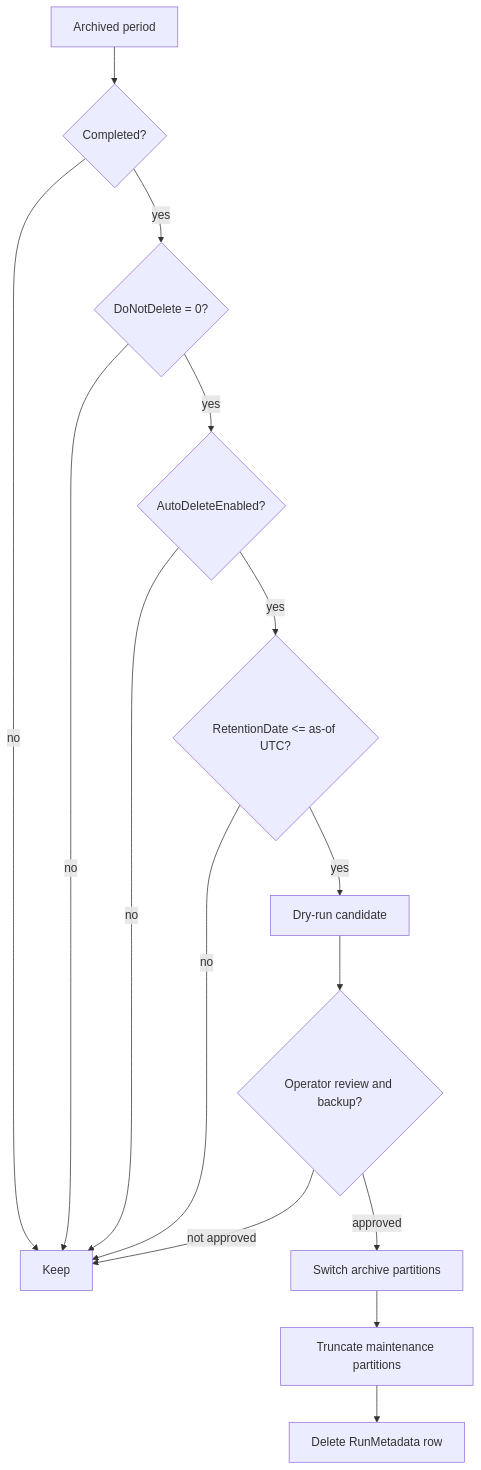
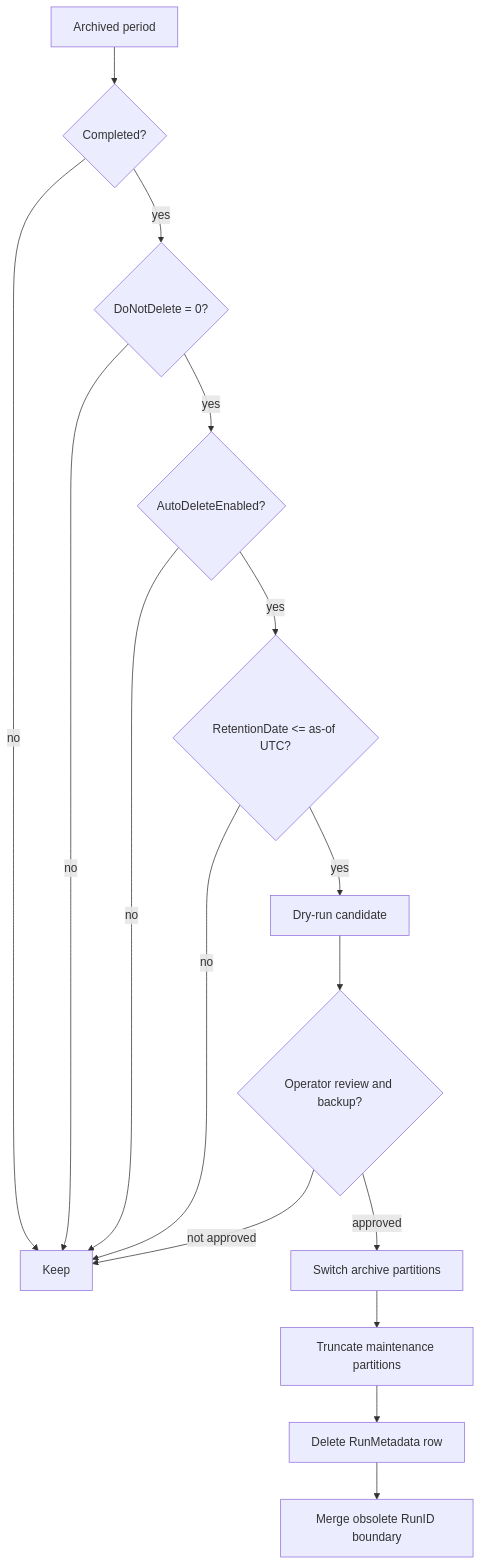
Before and after one commit to stevewittek/Databases: the diagram in docs/Retention.md, drawn with Mermaid. The commit also changed other lines of this file and 30 other files, not shown here.

````diff
--- a/docs/Retention.md
+++ b/docs/Retention.md
@@ -15,17 +15,18 @@
 ```mermaid
 flowchart TD
     P[Archived period] --> C{Completed?}
     C -->|no| KEEP[Keep]
     C -->|yes| D{DoNotDelete = 0?}
     D -->|no| KEEP
     D -->|yes| A{AutoDeleteEnabled?}
     A -->|no| KEEP
     A -->|yes| X{RetentionDate <= as-of UTC?}
     X -->|no| KEEP
     X -->|yes| PREVIEW[Dry-run candidate]
     PREVIEW --> REVIEW{Operator review and backup?}
     REVIEW -->|approved| SWITCH[Switch archive partitions]
     SWITCH --> TRUNCATE[Truncate maintenance partitions]
     TRUNCATE --> META[Delete RunMetadata row]
+    META --> MERGE[Merge obsolete RunID boundary]
     REVIEW -->|not approved| KEEP
 ```
````
